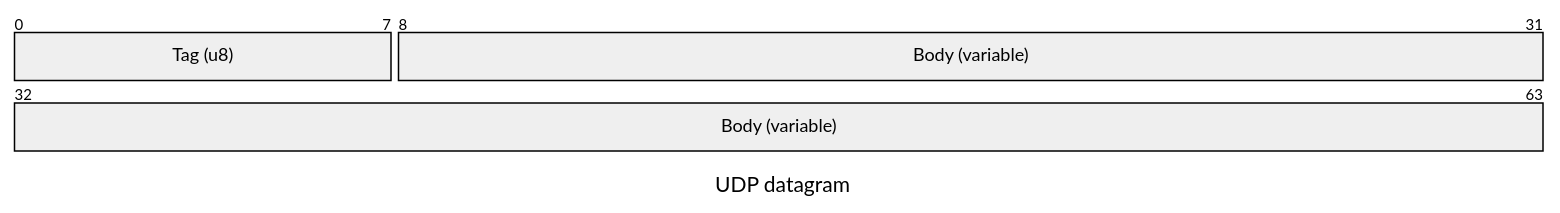
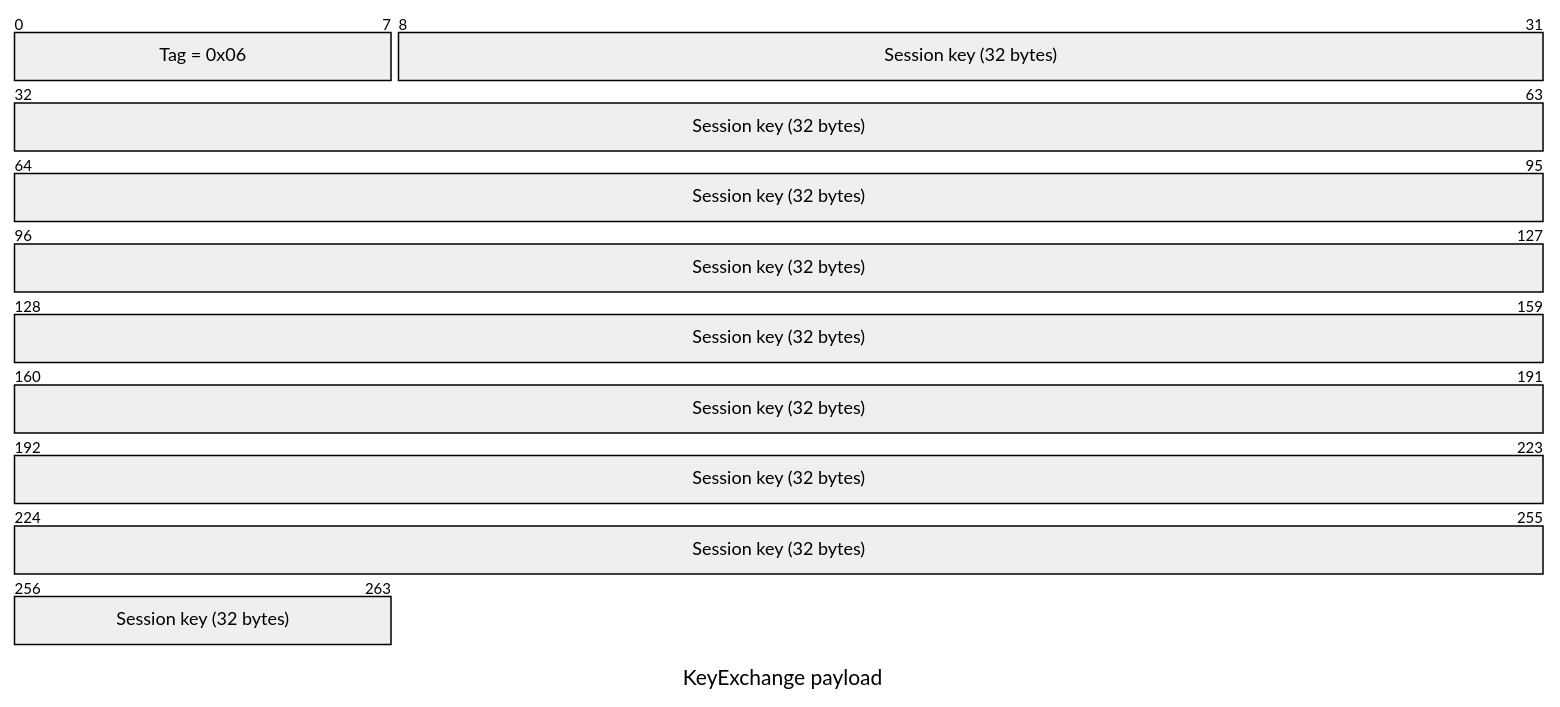
One commit to xfoa/spud changed the fifth of 10 diagrams in docs/protocol.md. Above: the diagram before and after it, drawn with Mermaid. The commit also changed other lines of this file and 7 other files, not shown here.

````diff
--- a/docs/protocol.md
+++ b/docs/protocol.md
@@ -166,6 +122,6 @@
 ```mermaid
 packet-beta
-title UDP datagram
-0-7: "Tag (u8)"
-8-63: "Body (variable)"
+title KeyExchange payload
+0-7: "Tag = 0x06"
+8-263: "Session key (32 bytes)"
 ```
````
